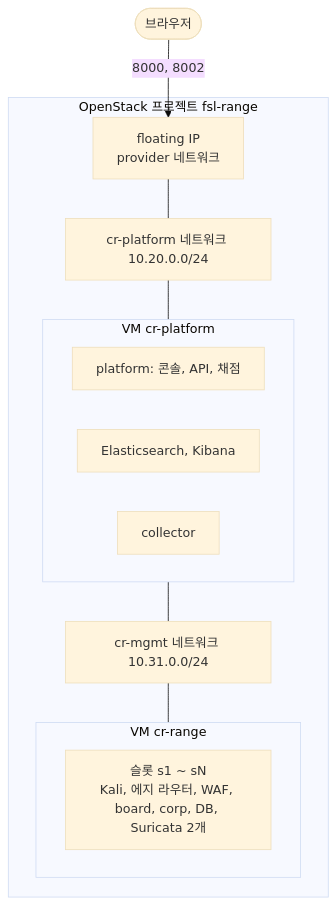
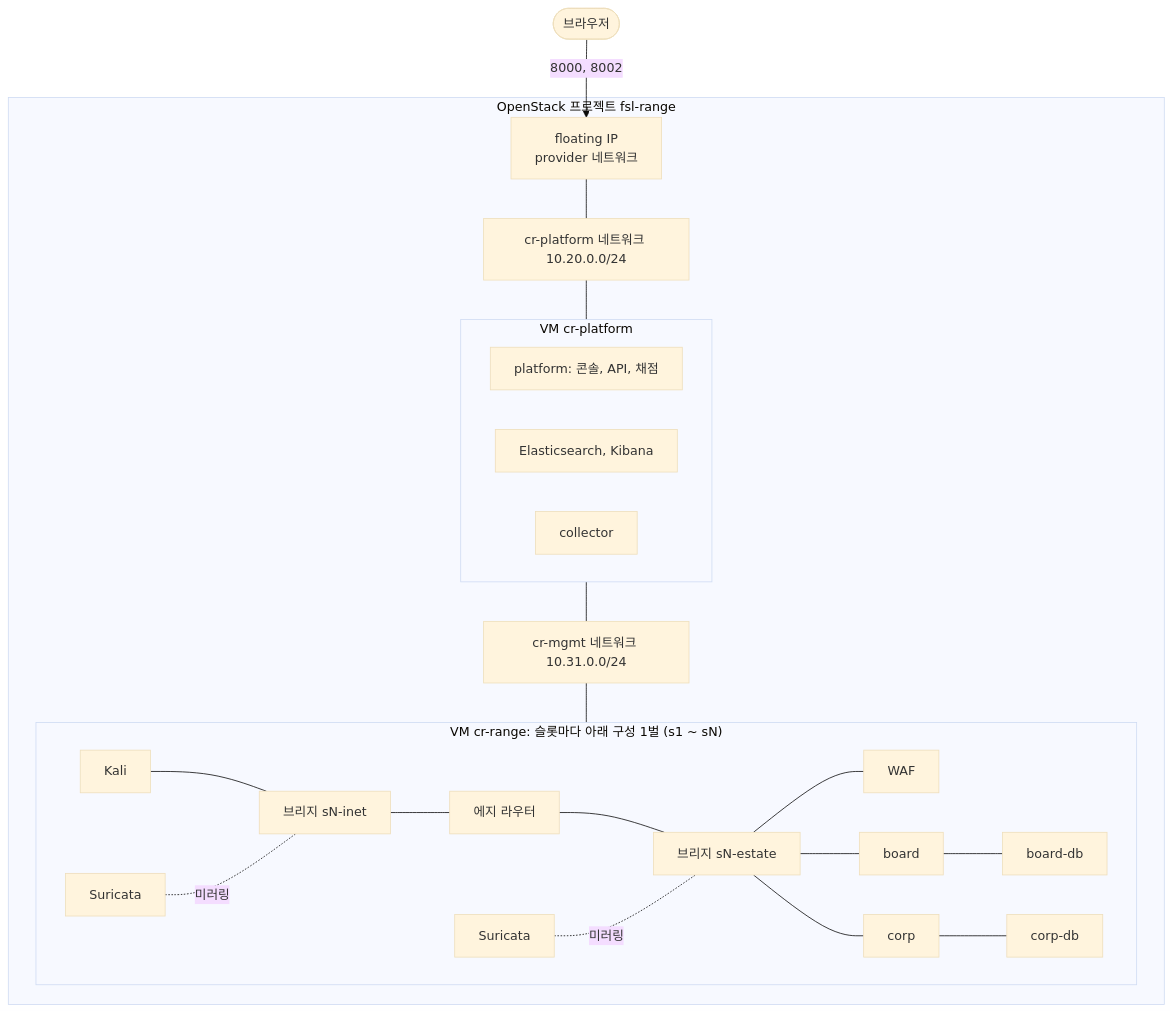
The diagram in README.md (Nekonic/fsl-project-mvp), drawn with Mermaid (base theme) before and after one commit. The commit also changed other lines of this file, not shown here.

Commit message:
docs: README layout shows the slot's containers and bridges

````diff
--- a/README.md
+++ b/README.md
@@ -31,18 +31,27 @@
 ```mermaid
 flowchart TB
   user(["브라우저"]) -->|"8000, 8002"| fip["floating IP<br/>provider 네트워크"]
   subgraph os["OpenStack 프로젝트 fsl-range"]
     fip --- pnet["cr-platform 네트워크 10.20.0.0/24"]
     pnet --- pvm
     subgraph pvm["VM cr-platform"]
       platform["platform: 콘솔, API, 채점"]
       elk["Elasticsearch, Kibana"]
       collector["collector"]
     end
     pvm --- mgmt["cr-mgmt 네트워크 10.31.0.0/24"]
     mgmt --- rvm
-    subgraph rvm["VM cr-range"]
-      slots["슬롯 s1 ~ sN<br/>Kali, 에지 라우터, WAF, board, corp, DB, Suricata 2개"]
+    subgraph rvm["VM cr-range: 슬롯마다 아래 구성 1벌 (s1 ~ sN)"]
+      kali["Kali"] --- inet["브리지 sN-inet"]
+      inet --- edge["에지 라우터"]
+      edge --- estate["브리지 sN-estate"]
+      estate --- waf["WAF"]
+      estate --- board["board"]
+      estate --- corp["corp"]
+      board --- boarddb["board-db"]
+      corp --- corpdb["corp-db"]
+      ids1["Suricata"] -. 미러링 .- inet
+      ids2["Suricata"] -. 미러링 .- estate
     end
   end
 ```
````
